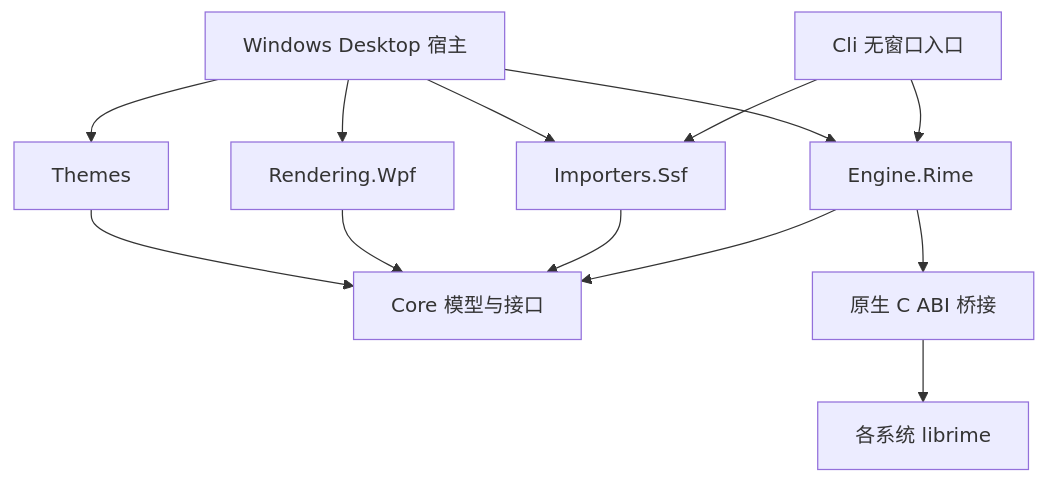
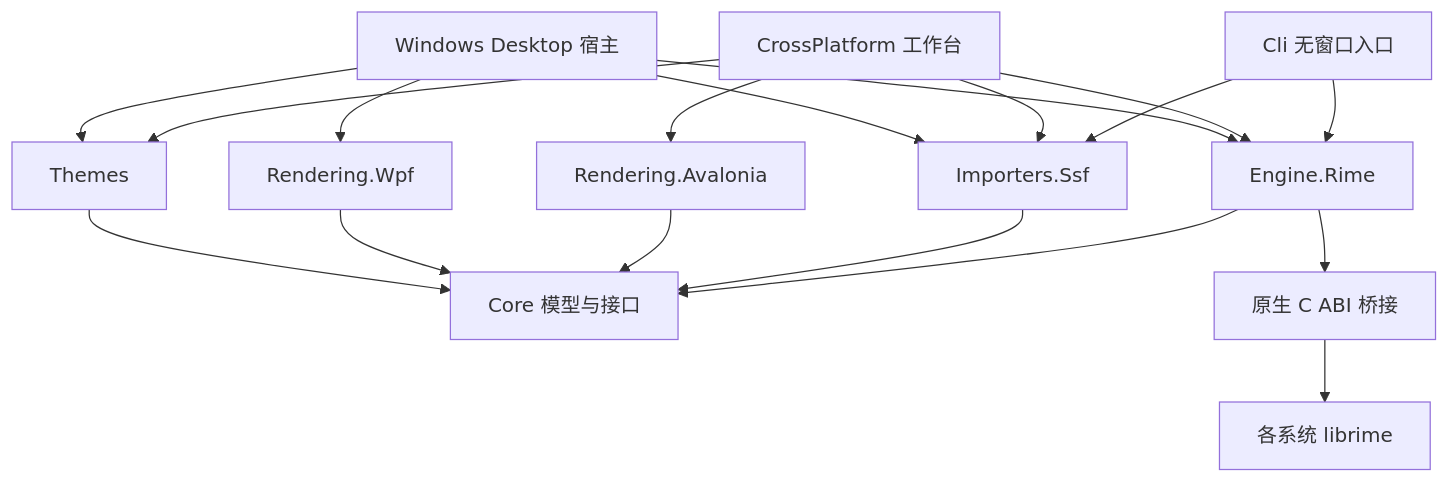
Before and after one commit to MIK-HEAL/TypeFlow: the diagram in typeflow/docs/cross-platform.md, drawn with Mermaid. The commit also changed other lines of this file and 18 other files, not shown here.

First line of the commit message:
Add Avalonia rendering support with theme image handling and tests

````diff
--- a/typeflow/docs/cross-platform.md
+++ b/typeflow/docs/cross-platform.md
@@ -20,15 +22,20 @@
 ```mermaid
 flowchart TD
     Desktop["Windows Desktop 宿主"] --> Wpf["Rendering.Wpf"]
     Desktop --> Themes["Themes"]
     Desktop --> Ssf["Importers.Ssf"]
     Desktop --> Rime["Engine.Rime"]
+    Workbench["CrossPlatform 工作台"] --> Avalonia["Rendering.Avalonia"]
+    Workbench --> Themes
+    Workbench --> Ssf
+    Workbench --> Rime
     Cli["Cli 无窗口入口"] --> Ssf
     Cli --> Rime
     Themes --> Core["Core 模型与接口"]
     Wpf --> Core
+    Avalonia --> Core
     Ssf --> Core
     Rime --> Core
     Rime --> Bridge["原生 C ABI 桥接"]
     Bridge --> Engine["各系统 librime"]
 ```
````
